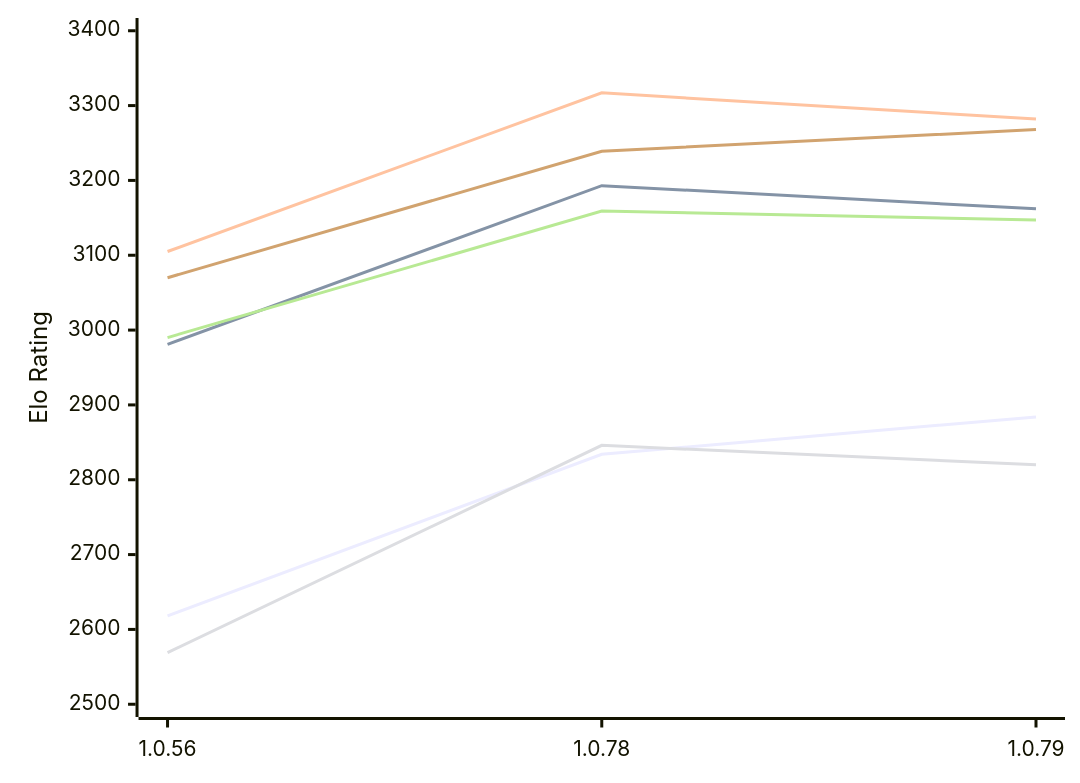
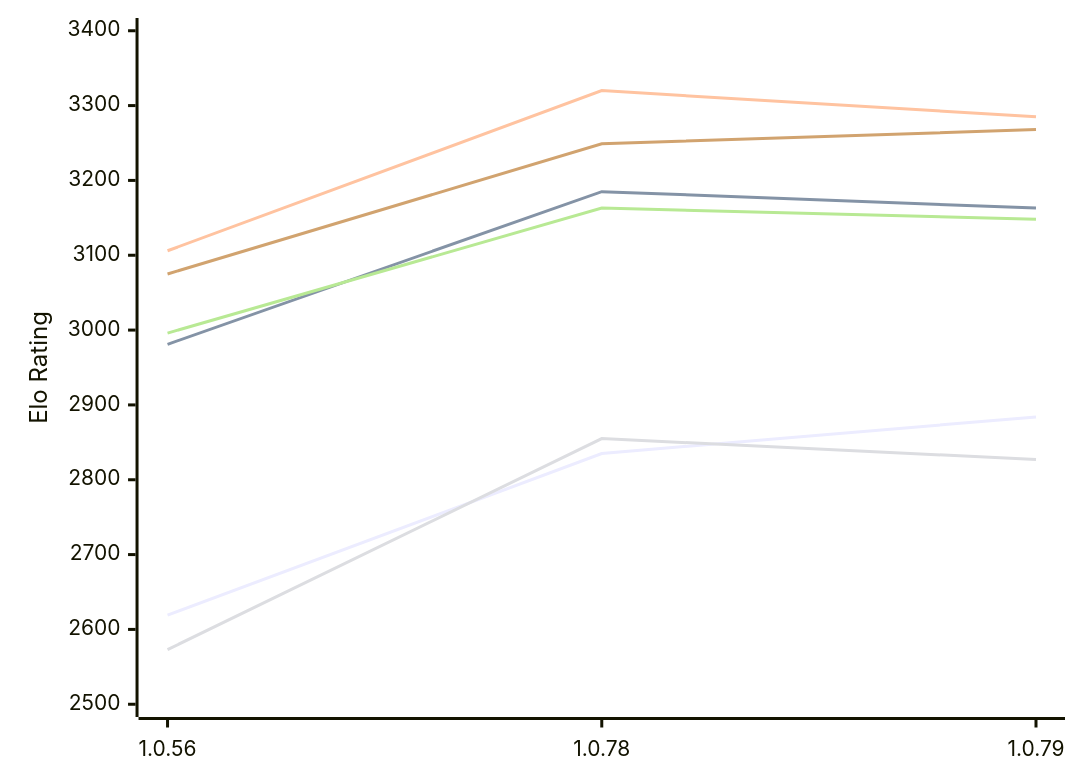
The first of 2 diagrams in engines/RustyRival.md (computer-chess-index/cci), drawn with Mermaid before and after one commit. The commit also changed other lines of this file, not shown here.

Commit message:
Update CCI Ratings (ELO VLTC) - 2026-11-17

````diff
--- a/engines/RustyRival.md
+++ b/engines/RustyRival.md
@@ -65,12 +65,12 @@
 ```mermaid
 %%{init: {"theme":"base","themeVariables":{"seriesColors:['#a3a3a3','#222221','#faa371']}}}%%
 xychart-beta
   x-axis ["1.0.56", "1.0.78", "1.0.79"]
   y-axis "Elo Rating" 2500 --> 3400
-  line "E1: STC (8.0+0.08s)" [2618, 2834, 2884]
-  line "E1: LTC (60.0+0.60s)" [2981, 3193, 3162]
-  line "E1: VLTC (2m24s+1.12s)" [3105, 3317, 3282]
-  line "P1: STC (8.0+0.08s)" [2569, 2846, 2820]
-  line "P1: LTC (60.0+0.60s)" [2990, 3159, 3147]
-  line "P1: VLTC (2m24s+1.12s)" [3070, 3239, 3268]
+  line "E1: STC (8.0+0.08s)" [2619, 2835, 2884]
+  line "E1: LTC (60.0+0.60s)" [2981, 3185, 3163]
+  line "E1: VLTC (2m24s+1.12s)" [3106, 3320, 3285]
+  line "P1: STC (8.0+0.08s)" [2573, 2855, 2827]
+  line "P1: LTC (60.0+0.60s)" [2996, 3163, 3148]
+  line "P1: VLTC (2m24s+1.12s)" [3075, 3249, 3268]
 ```
````
